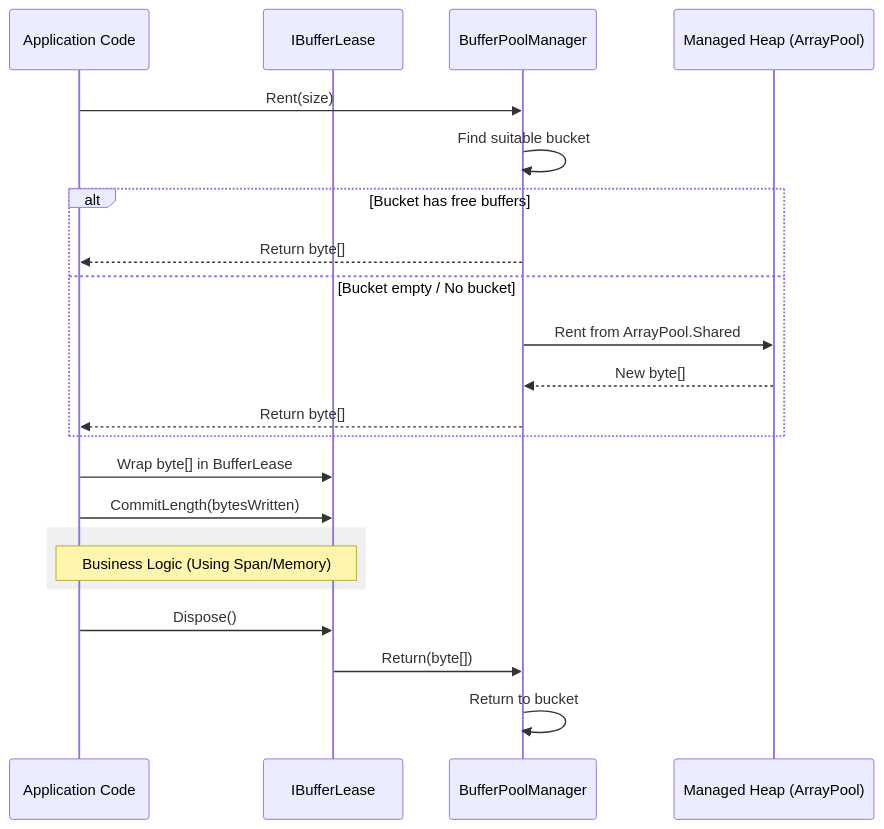
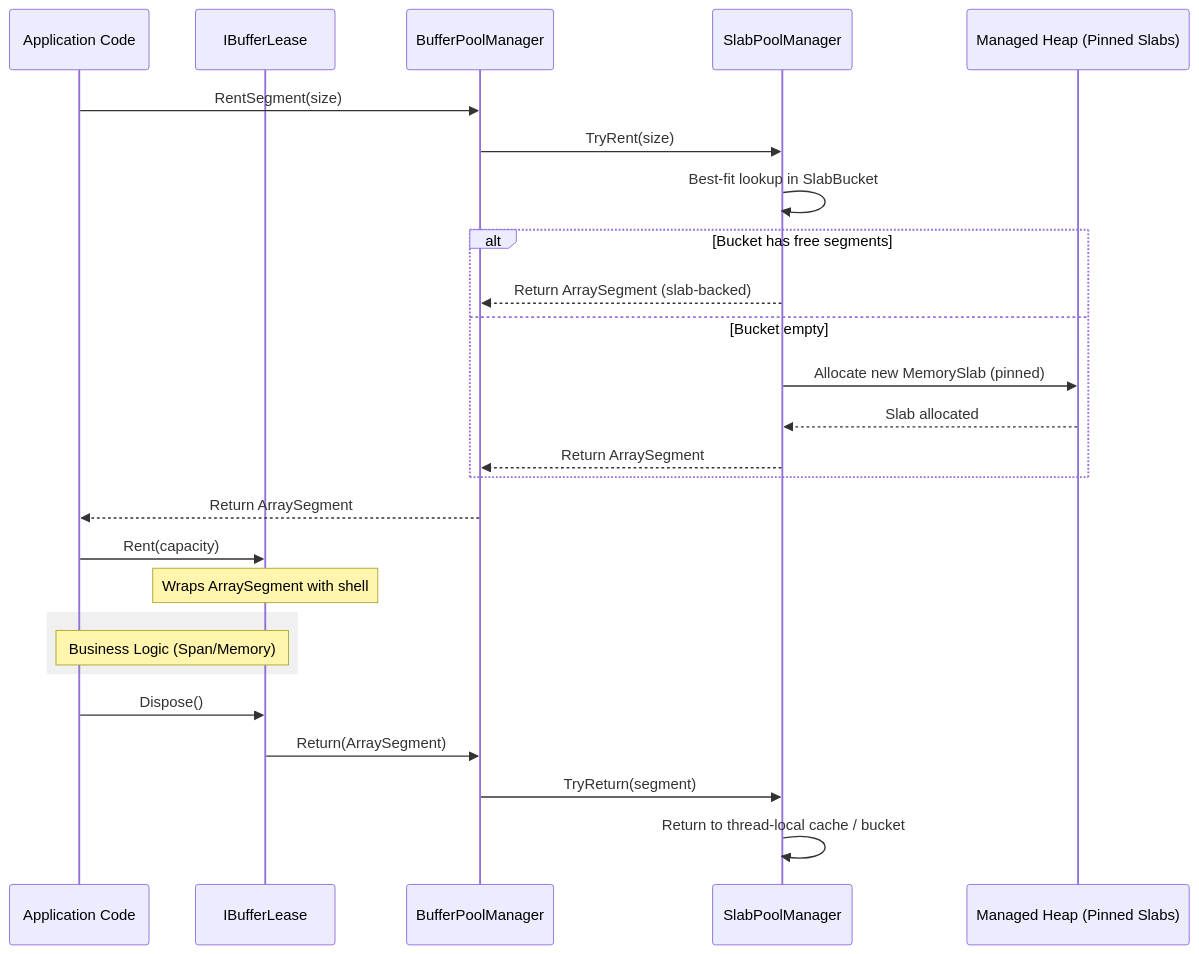
Before and after one commit to ppn-systems/Nalix: the diagram in docs/api/framework/memory/buffer-management.md, drawn with Mermaid. The commit also changed other lines of this file and 9 other files, not shown here.

First line of the commit message:
feature: slab-based buffer pooling (#96)

````diff
--- a/docs/api/framework/memory/buffer-management.md
+++ b/docs/api/framework/memory/buffer-management.md
@@ -9,28 +9,33 @@
 ```mermaid
 sequenceDiagram
     participant App as Application Code
     participant Lease as IBufferLease
     participant Manager as BufferPoolManager
-    participant OS as Managed Heap (ArrayPool)
+    participant SlabPool as SlabPoolManager
+    participant OS as Managed Heap (Pinned Slabs)
 
-    App->>Manager: Rent(size)
-    Manager->>Manager: Find suitable bucket
-    alt Bucket has free buffers
-        Manager-->>App: Return byte[]
-    else Bucket empty / No bucket
-        Manager->>OS: Rent from ArrayPool.Shared
-        OS-->>Manager: New byte[]
-        Manager-->>App: Return byte[]
+    App->>Manager: RentSegment(size)
+    Manager->>SlabPool: TryRent(size)
+    SlabPool->>SlabPool: Best-fit lookup in SlabBucket
+    
+    alt Bucket has free segments
+        SlabPool-->>Manager: Return ArraySegment (slab-backed)
+    else Bucket empty
+        SlabPool->>OS: Allocate new MemorySlab (pinned)
+        OS-->>SlabPool: Slab allocated
+        SlabPool-->>Manager: Return ArraySegment
     end
 
-    App->>Lease: Wrap byte[] in BufferLease
-    App->>Lease: CommitLength(bytesWritten)
+    Manager-->>App: Return ArraySegment
+    App->>Lease: Rent(capacity)
+    Note over Lease: Wraps ArraySegment with shell
     
     rect rgb(240, 240, 240)
-    Note over App, Lease: Business Logic (Using Span/Memory)
+    Note over App, Lease: Business Logic (Span/Memory)
     end
 
     App->>Lease: Dispose()
-    Lease->>Manager: Return(byte[])
-    Manager->>Manager: Return to bucket
+    Lease->>Manager: Return(ArraySegment)
+    Manager->>SlabPool: TryReturn(segment)
+    SlabPool->>SlabPool: Return to thread-local cache / bucket
 ```
````
